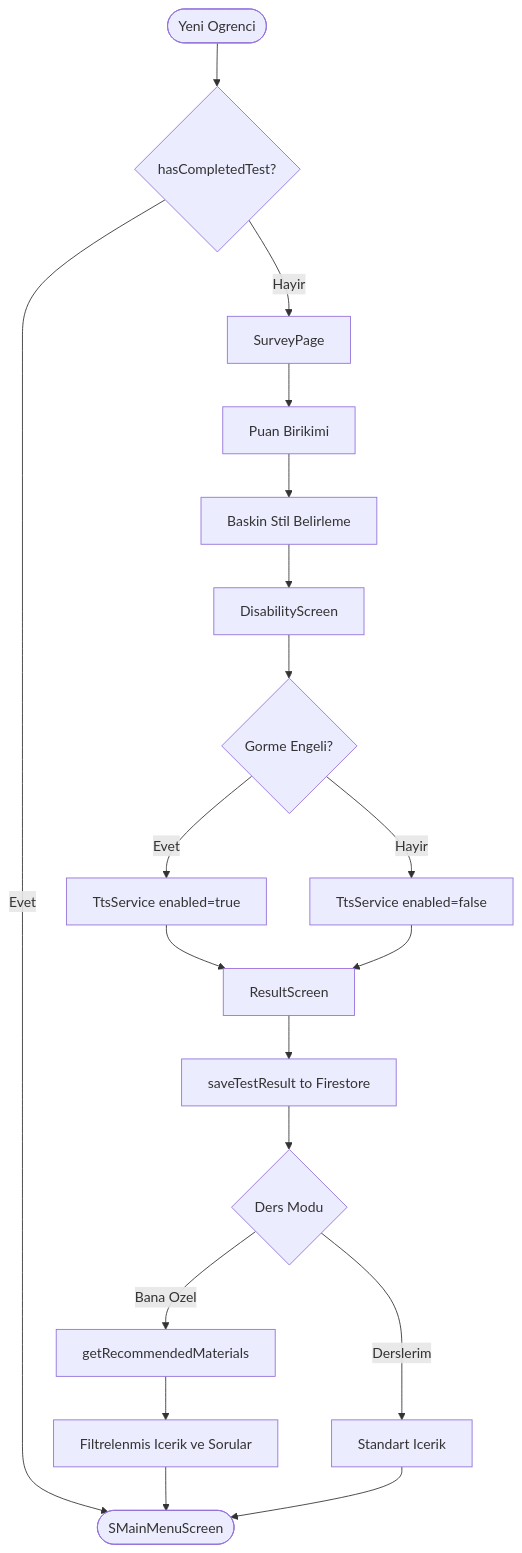
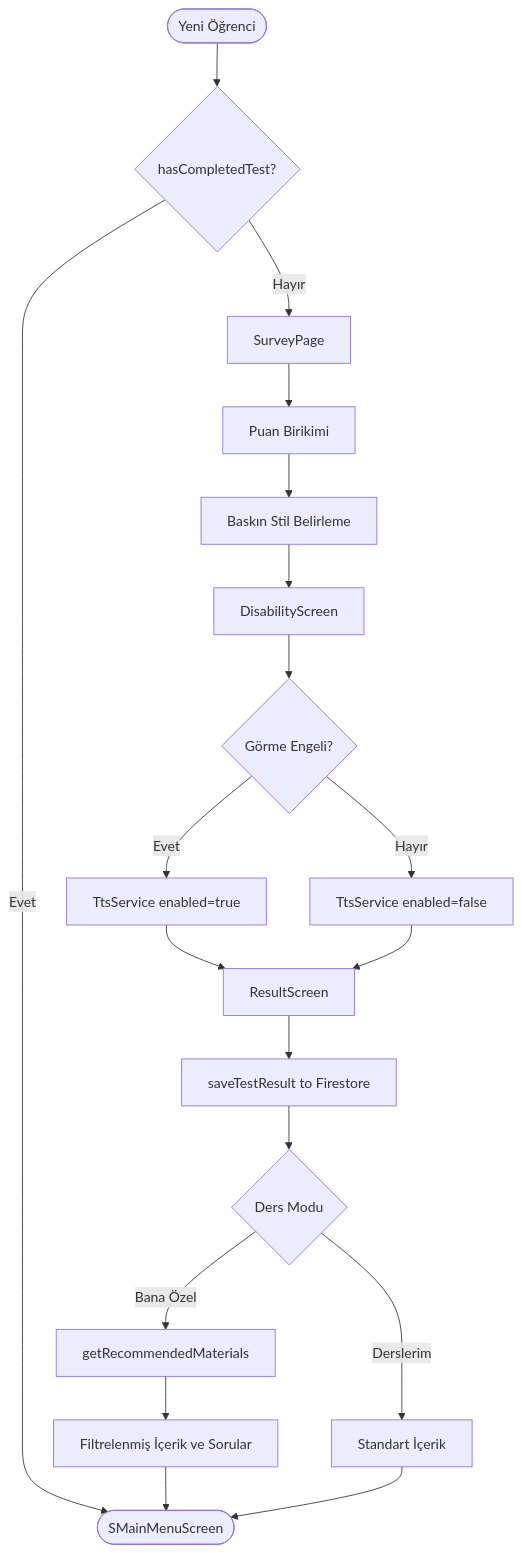
One commit to cansuyildirimmm/Smart-Edu changed the second of 3 diagrams in TECHNICAL_REPORT.md. Above: the diagram before and after it, drawn with Mermaid. The commit also changed other lines of this file and 1 other file, not shown here.

````diff
--- a/TECHNICAL_REPORT.md
+++ b/TECHNICAL_REPORT.md
@@ -168,21 +168,21 @@
 ```mermaid
 flowchart TD
-    A([Yeni Ogrenci]) --> B{hasCompletedTest?}
+    A([Yeni Öğrenci]) --> B{hasCompletedTest?}
     B -->|Evet| Z([SMainMenuScreen])
-    B -->|Hayir| C[SurveyPage]
+    B -->|Hayır| C[SurveyPage]
     C --> D[Puan Birikimi]
-    D --> E[Baskin Stil Belirleme]
+    D --> E[Baskın Stil Belirleme]
     E --> F[DisabilityScreen]
-    F --> G{Gorme Engeli?}
+    F --> G{Görme Engeli?}
     G -->|Evet| H[TtsService enabled=true]
-    G -->|Hayir| I[TtsService enabled=false]
+    G -->|Hayır| I[TtsService enabled=false]
     H --> J[ResultScreen]
     I --> J
     J --> K[saveTestResult to Firestore]
     K --> L{Ders Modu}
-    L -->|Bana Ozel| M[getRecommendedMaterials]
-    L -->|Derslerim| N[Standart Icerik]
-    M --> O[Filtrelenmis Icerik ve Sorular]
+    L -->|Bana Özel| M[getRecommendedMaterials]
+    L -->|Derslerim| N[Standart İçerik]
+    M --> O[Filtrelenmiş İçerik ve Sorular]
     O --> Z
     N --> Z
 ```
````
